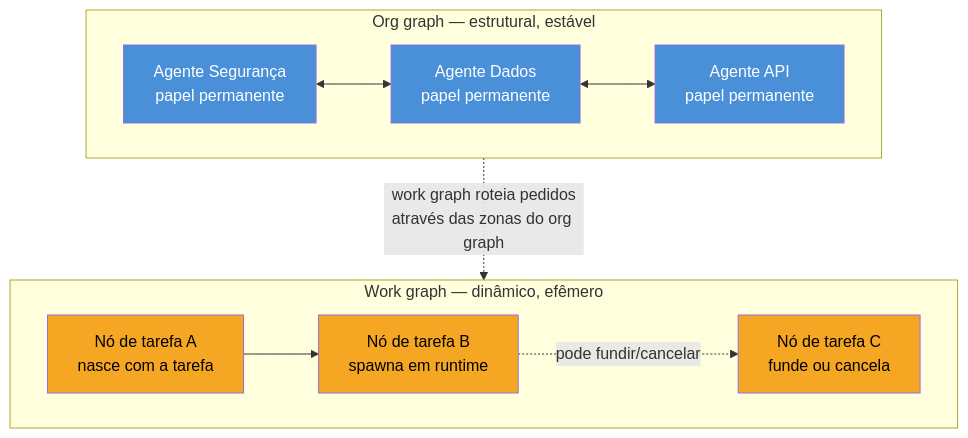
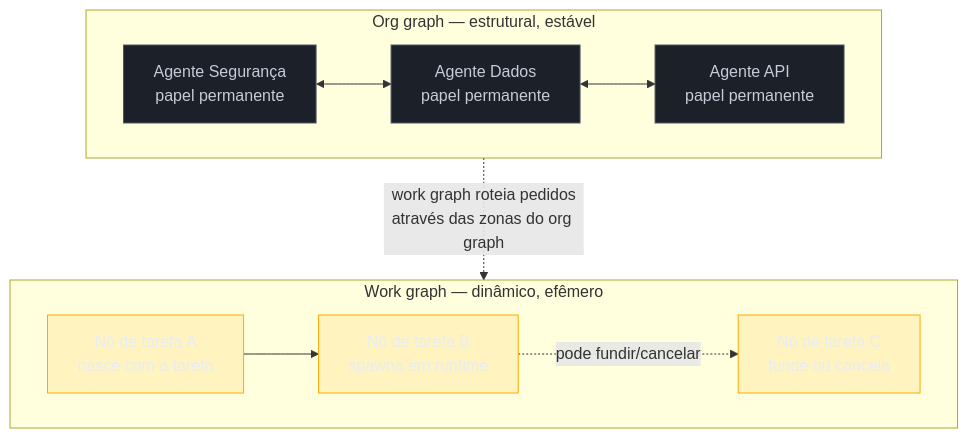
Before and after one commit to josenaldo/codex-technomanticus: the second of 2 diagrams in 03-Dominios/Tecnologia/IA/Evolução da Engenharia de IA/06 - Graph engineering — a confiabilidade mora nas arestas.md, drawn with Mermaid. The commit also changed other lines of this file and 1181 other files, not shown here.

First line of the commit message:
fix(diagramas): paleta do sistema no lugar de cor cravada no markdown

````diff
--- a/03-Dominios/Tecnologia/IA/Evolução da Engenharia de IA/06 - Graph engineering — a confiabilidade mora nas arestas.md
+++ b/03-Dominios/Tecnologia/IA/Evolução da Engenharia de IA/06 - Graph engineering — a confiabilidade mora nas arestas.md
@@ -157,29 +159,31 @@
 ```mermaid
 flowchart TB
+    classDef neutro fill:#1B2029,stroke:#4E5666,color:#C6CCD8
+    classDef destaque fill:#FFAA0024,stroke:#FFAA00,color:#E9ECF2
     subgraph ORG["Org graph — estrutural, estável"]
         direction LR
         O1["Agente Segurança<br/>papel permanente"]
         O2["Agente Dados<br/>papel permanente"]
         O3["Agente API<br/>papel permanente"]
         O1 <--> O2
         O2 <--> O3
     end
 
     subgraph WORK["Work graph — dinâmico, efêmero"]
         direction LR
         W1["Nó de tarefa A<br/>nasce com a tarefa"]
         W2["Nó de tarefa B<br/>spawna em runtime"]
         W3["Nó de tarefa C<br/>funde ou cancela"]
         W1 --> W2
         W2 -.->|"pode fundir/cancelar"| W3
     end
 
     ORG -.->|"work graph roteia pedidos<br/>através das zonas do org graph"| WORK
 
-    style O1 fill:#4A90D9,color:#fff
-    style O2 fill:#4A90D9,color:#fff
-    style O3 fill:#4A90D9,color:#fff
-    style W1 fill:#F5A623,color:#000
-    style W2 fill:#F5A623,color:#000
-    style W3 fill:#F5A623,color:#000
+    class O1 neutro
+    class O2 neutro
+    class O3 neutro
+    class W1 destaque
+    class W2 destaque
+    class W3 destaque
 ```
````
